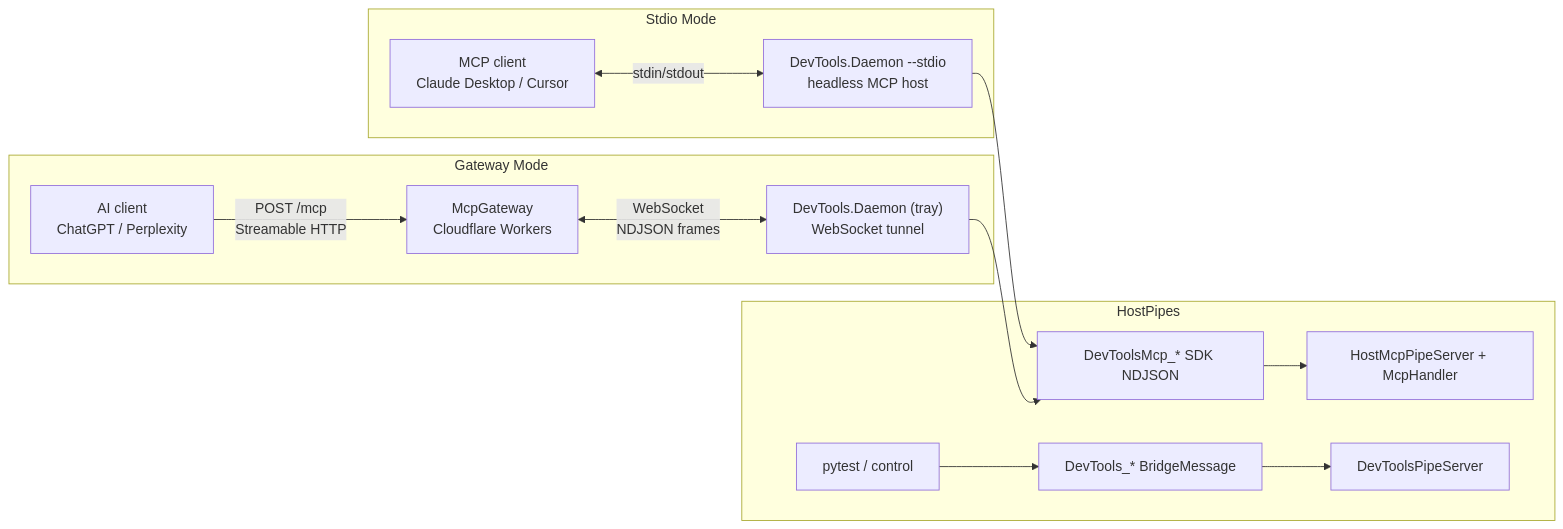
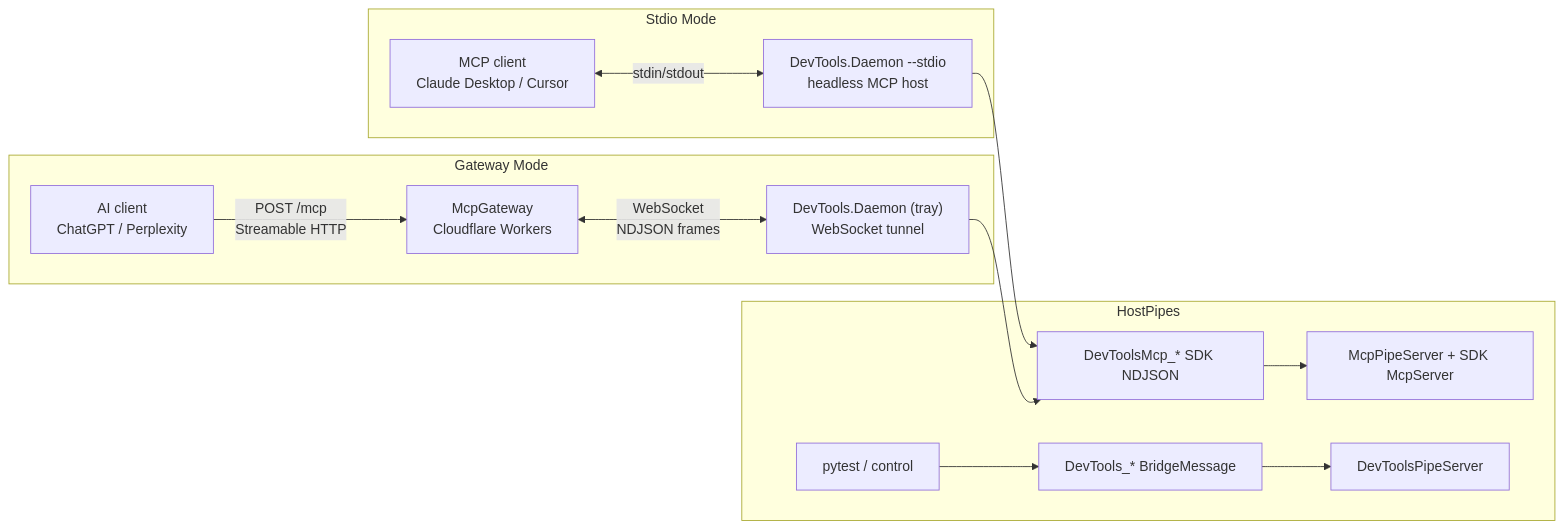
Before and after one commit to trgiangv/RevitDevTool: the diagram in docs/architecture/MCP/transport.md, drawn with Mermaid. The commit also changed other lines of this file and 23 other files, not shown here.

First line of the commit message:
docs(mcp): record flow simplification, ADR 0039, and coverage snapshot

````diff
--- a/docs/architecture/MCP/transport.md
+++ b/docs/architecture/MCP/transport.md
@@ -6,24 +6,24 @@
 ```mermaid
 flowchart LR
     subgraph Stdio Mode
         Client1["MCP client<br/>Claude Desktop / Cursor"]
         Daemon1["DevTools.Daemon --stdio<br/>headless MCP host"]
         Client1 <-->|stdin/stdout| Daemon1
     end
 
     subgraph Gateway Mode
         Client2["AI client<br/>ChatGPT / Perplexity"]
         Gateway["McpGateway<br/>Cloudflare Workers"]
         Daemon2["DevTools.Daemon (tray)<br/>WebSocket tunnel"]
         Client2 -->|"POST /mcp<br/>Streamable HTTP"| Gateway
         Gateway <-->|"WebSocket<br/>NDJSON frames"| Daemon2
     end
 
     subgraph HostPipes
         Daemon1 --> McpPipe["DevToolsMcp_* SDK NDJSON"]
         Daemon2 --> McpPipe
         PytestClient["pytest / control"] --> PytestPipe["DevTools_* BridgeMessage"]
-        McpPipe --> HostWire["HostMcpPipeServer + McpHandler"]
+        McpPipe --> HostWire["McpPipeServer + SDK McpServer"]
         PytestPipe --> PytestServer["DevToolsPipeServer"]
     end
 ```
````
